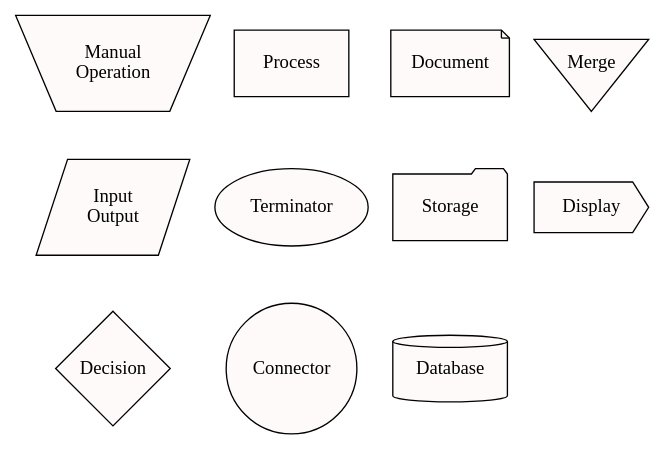
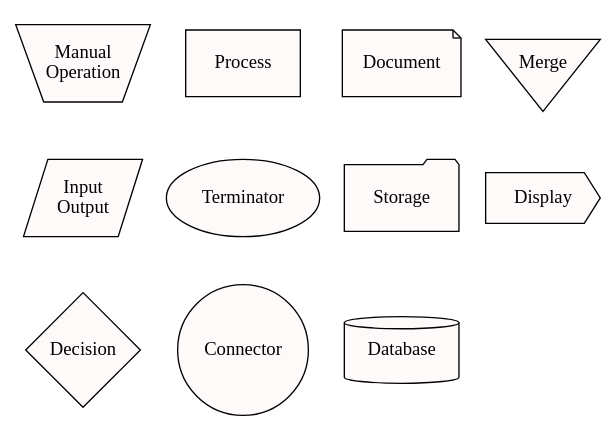
The diagram in docs/source/flowchart_legend.dot (thegrill/grill), drawn with Graphviz before and after one commit. The commit also changed 14 other files, not shown here.

```diff
--- a/docs/source/flowchart_legend.dot
+++ b/docs/source/flowchart_legend.dot
@@ -1,20 +1,20 @@
 digraph flowchart_symbols {
     bgcolor=invis
     node [style=filled fillcolor=snow]
     edge [style=invis]
-    manual_op [shape=invtrapezium label="Manual\nOperation" height="1"]
-    io [shape=parallelogram label="Input\nOutput" height="1"]
-    decision [shape=diamond label="Decision" fixedsize="True", height="1.2", width="1.2"]
-    process [shape=box label="Process" height=0.7 width=1.2]
-    terminator [shape=ellipse label="Terminator" height=".8" width="1.6"]
-    connector [shape=circle label="Connector" height=".8"]
-    storage [shape=folder label="Storage" height=0.7 width=1.2]
-    db [shape=cylinder label="Database" height=0.7 width=1.2]
-    document [shape=note label="Document" height=0.7 width=1.2]
-    merge [shape=invtriangle label="Merge" fixedsize="True", height="1", width="1.2"]
-    display [shape=cds label="Display" height=0.7 width=1.2]
+    manual_op [shape=invtrapezium label="Manual\nOperation" height=.8 width=1.4 fixedsize=true]
+    io [shape=parallelogram label="Input\nOutput" height=.8 width=1.2 fixedsize=true]
+    decision [shape=diamond label=Decision fixedsize=true, height=1.2, width=1.2]
+    process [shape=box label=Process height=0.7 width=1.2]
+    terminator [shape=ellipse label=Terminator height=.8 width=1.6]
+    connector [shape=circle label=Connector height=.8]
+    storage [shape=folder label=Storage height=0.7 width=1.2]
+    db [shape=cylinder label=Database height=0.7 width=1.2]
+    document [shape=note label=Document height=0.7 width=1.2]
+    merge [shape=invtriangle label=Merge fixedsize=true, height=1, width=1.2]
+    display [shape=cds label=Display height=0.7 width=1.2]
     manual_op -> io -> decision
     process -> terminator -> connector
     document -> storage -> db
     merge -> display
 }
```
